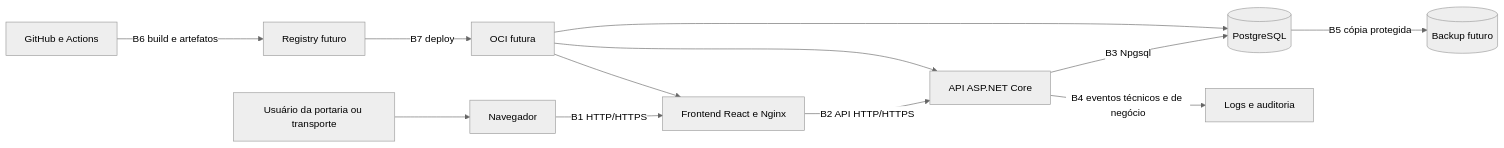
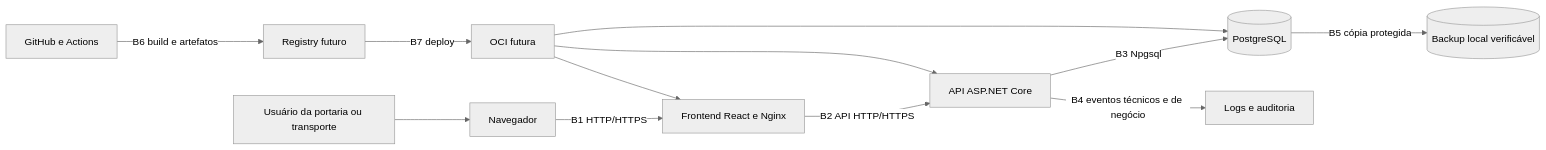
Before and after one commit to ifpebj-ti/controle-acesso-veiculos: the diagram in docs/security/threat-model.md, drawn with Mermaid (neutral theme). The commit also changed other lines of this file and 3 other files, not shown here.

````diff
--- a/docs/security/threat-model.md
+++ b/docs/security/threat-model.md
@@ -93,25 +93,25 @@
 ```mermaid
 flowchart LR
     User[Usuário da portaria ou transporte]
     Browser[Navegador]
     Frontend[Frontend React e Nginx]
     Api[API ASP.NET Core]
     Db[(PostgreSQL)]
     Logs[Logs e auditoria]
-    Backup[(Backup futuro)]
+    Backup[(Backup local verificável)]
     GitHub[GitHub e Actions]
     Registry[Registry futuro]
     Oci[OCI futura]
 
     User --> Browser
     Browser -->|B1 HTTP/HTTPS| Frontend
     Frontend -->|B2 API HTTP/HTTPS| Api
     Api -->|B3 Npgsql| Db
     Api -->|B4 eventos técnicos e de negócio| Logs
     Db -->|B5 cópia protegida| Backup
     GitHub -->|B6 build e artefatos| Registry
     Registry -->|B7 deploy| Oci
     Oci --> Frontend
     Oci --> Api
     Oci --> Db
 ```
````
